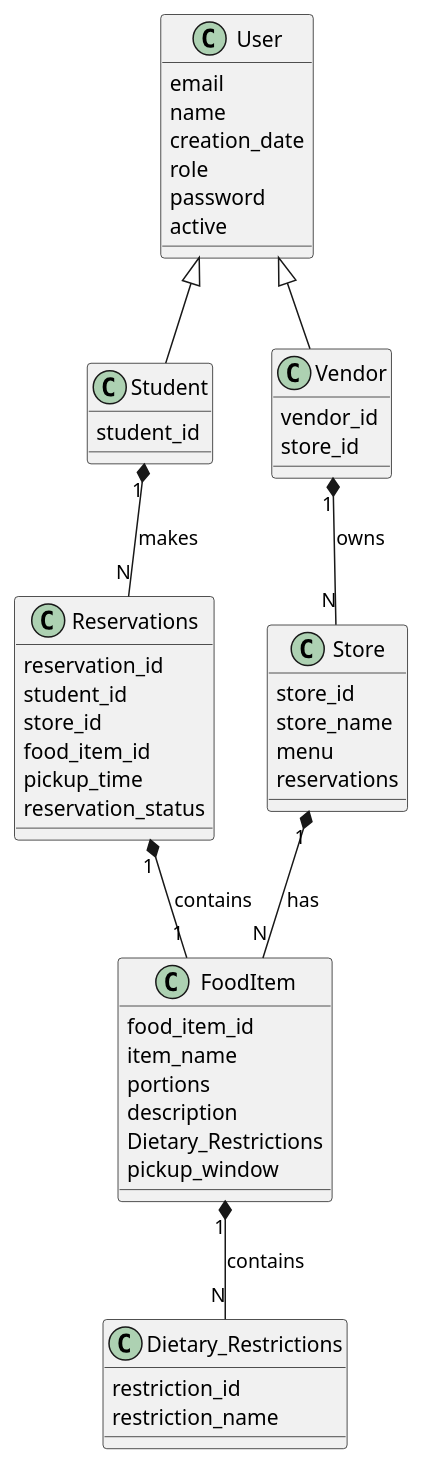
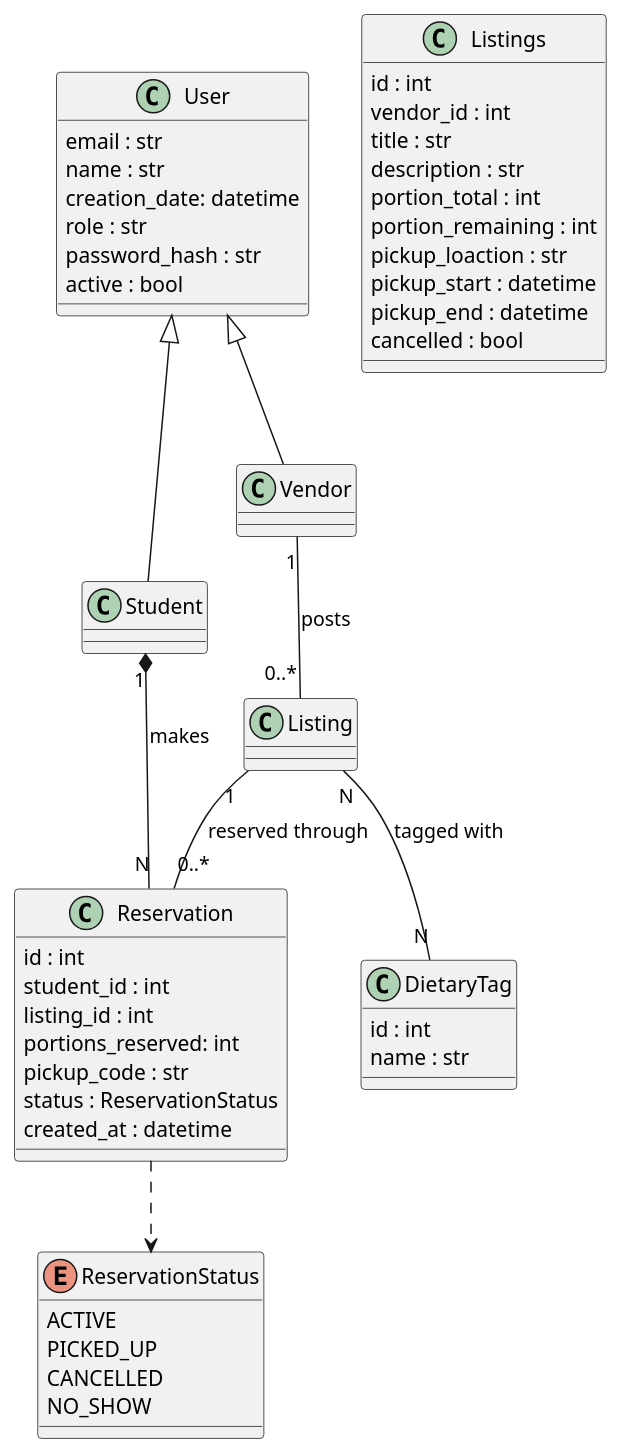
The diagram in uml/class.wsd (Riconashty/campuseats), drawn with PlantUML before and after one commit. The commit also changed 1 other file, not shown here.

Commit message:
Class Diagram and Sequence diagram

```diff
--- a/uml/class.wsd
+++ b/uml/class.wsd
@@ -1,61 +1,58 @@
 @startuml class
 
 class User {
-    email
-    name
-    creation_date
-    role
-    password
-    active
+    email : str
+    name : str
+    creation_date: datetime
+    role : str
+    password_hash : str
+    active : bool
 }
 
-class Student {
-    student_id
-}
-
-class Vendor {
-    vendor_id
-    store_id
-}
+class Student
+class Vendor 
 
 User <|-- Student
 User <|-- Vendor
 
-Vendor "1" *-- "N" Store : owns
-
-
-class Store {
-    store_id
-    store_name
-    menu
-    reservations
+class Listings {
+    id : int
+    vendor_id : int
+    title : str
+    description : str
+    portion_total : int
+    portion_remaining : int
+    pickup_loaction : str
+    pickup_start : datetime
+    pickup_end : datetime
+    cancelled : bool
+}
+class Reservation {
+    id : int
+    student_id : int
+    listing_id : int
+    portions_reserved: int
+    pickup_code : str
+    status : ReservationStatus
+    created_at : datetime
 }
 
-class FoodItem {
-    food_item_id
-    item_name
-    portions
-    description
-    Dietary_Restrictions
-    pickup_window
+enum ReservationStatus {
+    ACTIVE
+    PICKED_UP
+    CANCELLED
+    NO_SHOW
 }
 
-class Reservations {
-    reservation_id
-    student_id
-    store_id
-    food_item_id
-    pickup_time
-    reservation_status
+class DietaryTag {
+    id : int
+    name : str
 }
 
-class Dietary_Restrictions {
-    restriction_id
-    restriction_name
-}
+Vendor "1" -- "0..*" Listing : posts
+Student "1" *-- "N" Reservation : makes
+Listing "1" -- "0..*" Reservation : reserved through
+Listing "N" -- "N" DietaryTag : tagged with
+Reservation ..> ReservationStatus
 
-Store "1" *-- "N" FoodItem : has
-Student "1" *-- "N" Reservations : makes
-Reservations "1" *-- "1" FoodItem : contains
-FoodItem "1" *-- "N" Dietary_Restrictions : contains
 @enduml
```
